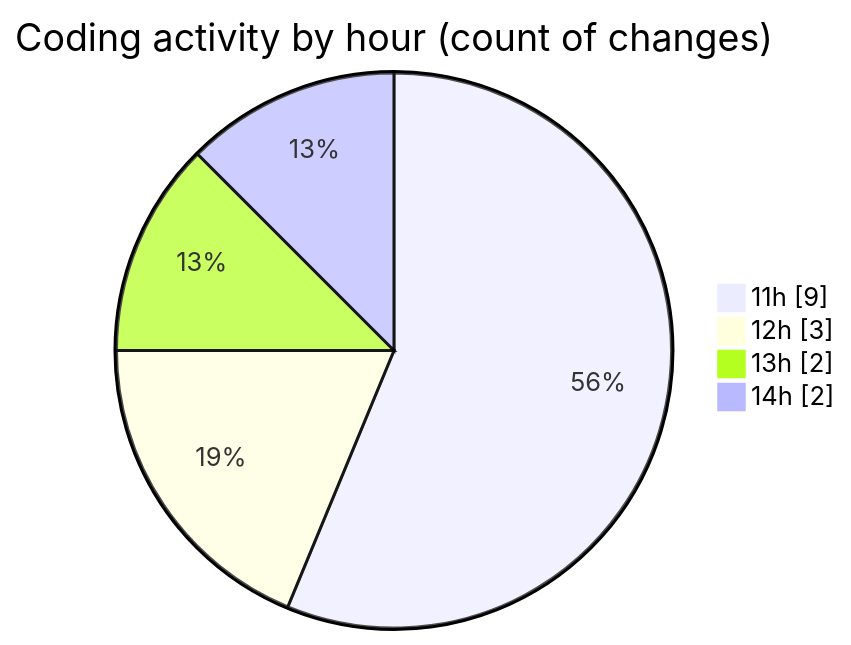
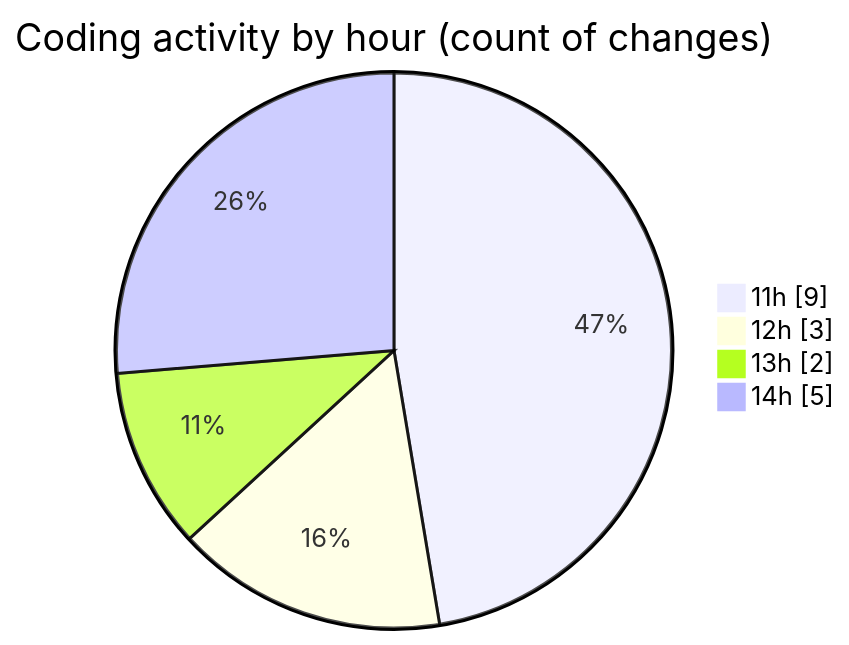
Before and after one commit to CELIANVF/code-tracking: the second of 2 diagrams in 2025-01-21/monteur_automatique/README.md, drawn with Mermaid. The commit also changed other lines of this file and 1 other file, not shown here.

````diff
--- a/2025-01-21/monteur_automatique/README.md
+++ b/2025-01-21/monteur_automatique/README.md
@@ -32,8 +32,8 @@
 ```mermaid
 pie showData
 title Coding activity by hour (count of changes)
 "11h" : 9
 "12h" : 3
 "13h" : 2
-"14h" : 2
+"14h" : 5
 ```
````
